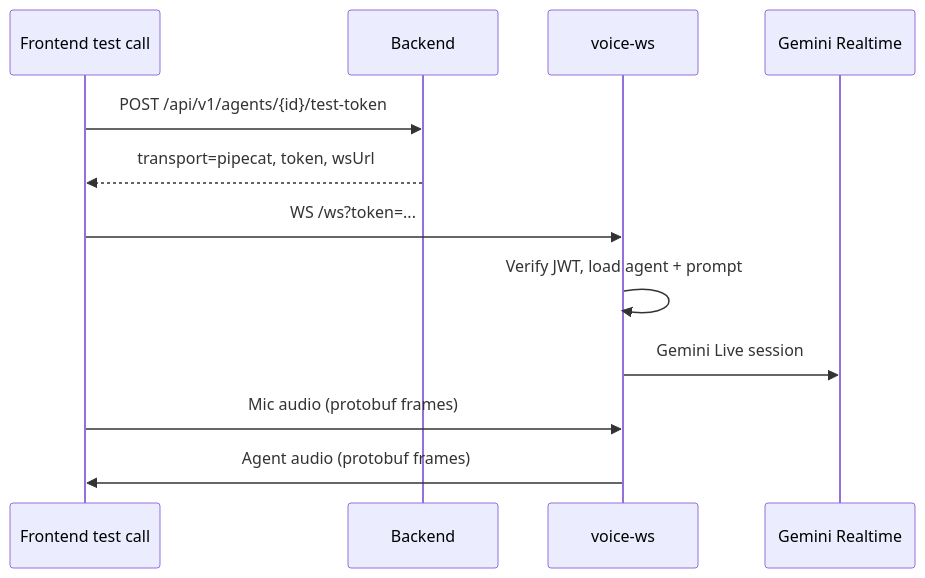
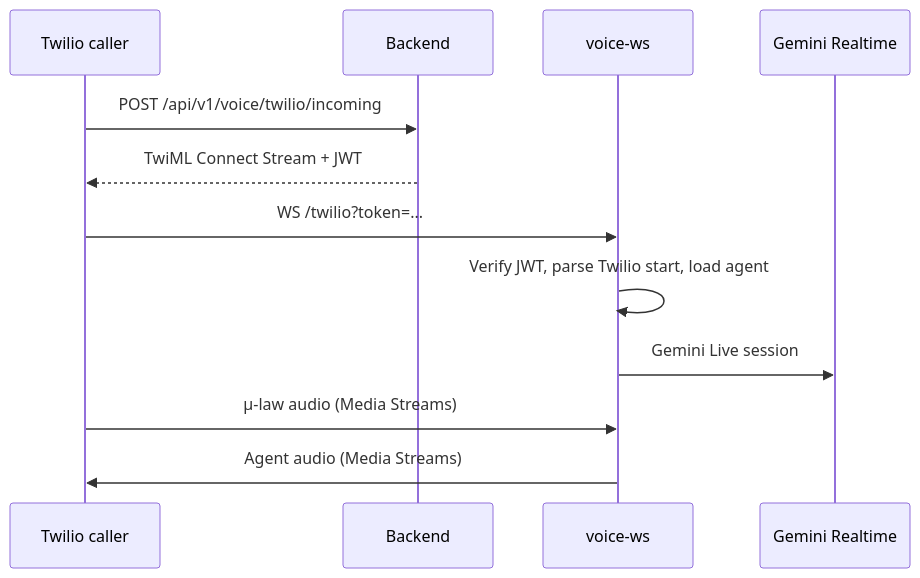
The diagram in voice-ws/README.md (gauravdhiman/a1-voice-agent-platform), drawn with Mermaid before and after one commit. The commit also changed other lines of this file and 17 other files, not shown here.

First line of the commit message:
feat(voice): route Twilio inbound calls through Pipecat Media Streams

````diff
--- a/voice-ws/README.md
+++ b/voice-ws/README.md
@@ -11,15 +11,15 @@
 ```mermaid
 sequenceDiagram
-  participant FE as Frontend test call
+  participant Phone as Twilio caller
   participant BE as Backend
   participant WS as voice-ws
   participant G as Gemini Realtime
 
-  FE->>BE: POST /api/v1/agents/{id}/test-token
-  BE-->>FE: transport=pipecat, token, wsUrl
-  FE->>WS: WS /ws?token=...
-  WS->>WS: Verify JWT, load agent + prompt
+  Phone->>BE: POST /api/v1/voice/twilio/incoming
+  BE-->>Phone: TwiML Connect Stream + JWT
+  Phone->>WS: WS /twilio?token=...
+  WS->>WS: Verify JWT, parse Twilio start, load agent
   WS->>G: Gemini Live session
-  FE->>WS: Mic audio (protobuf frames)
-  WS->>FE: Agent audio (protobuf frames)
+  Phone->>WS: μ-law audio (Media Streams)
+  WS->>Phone: Agent audio (Media Streams)
 ```
````
